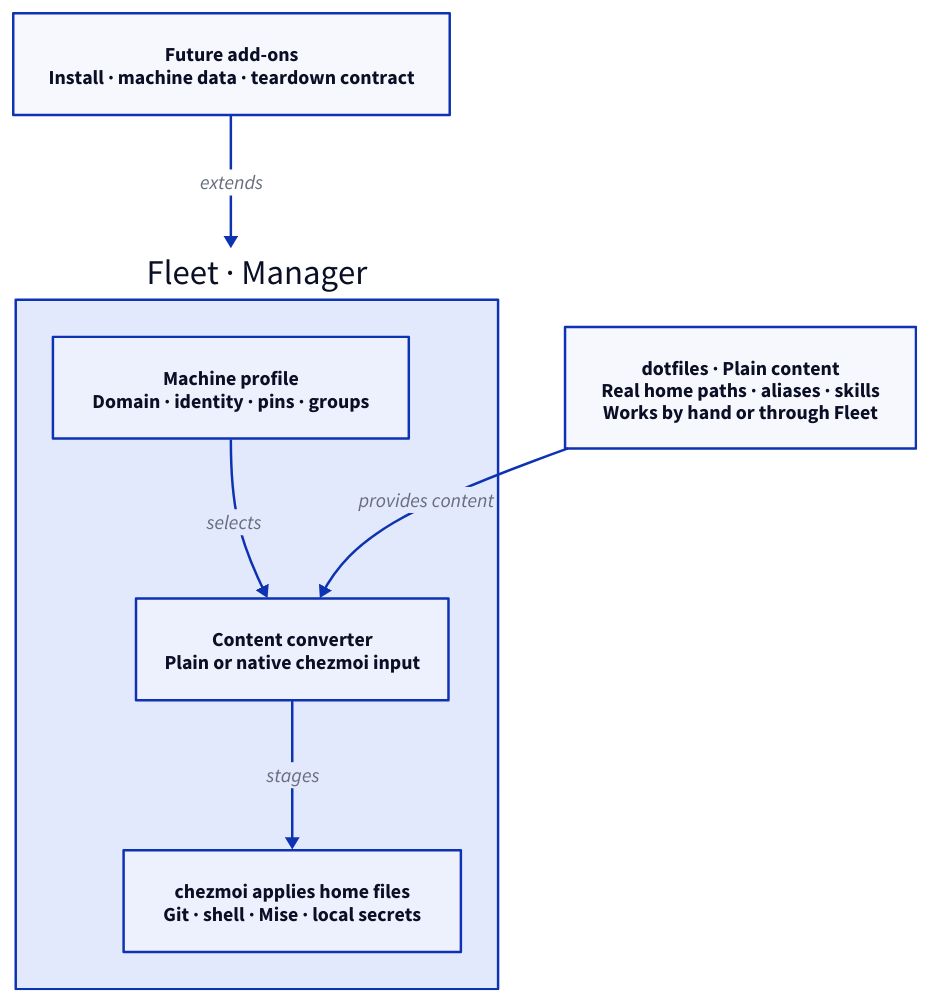
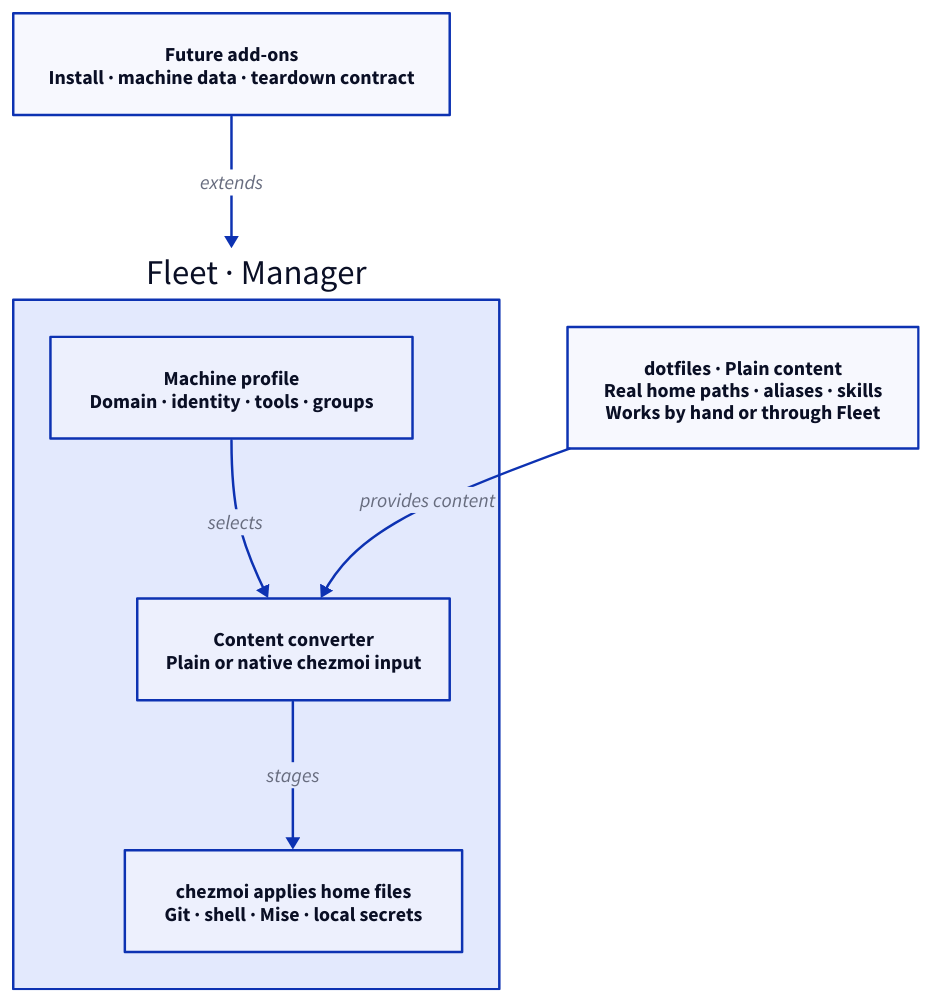
One commit to jeremyspofford/dotfiles changed the diagram in docs/diagrams/layers.d2. Above: the diagram before and after it, drawn with D2. The commit also changed 5 other files, not shown here.

```diff
--- a/docs/diagrams/layers.d2
+++ b/docs/diagrams/layers.d2
@@ -1,13 +1,13 @@
 direction: down
 dotfiles: "dotfiles · Plain content\nReal home paths · aliases · skills\nWorks by hand or through Fleet"
 dotfleet: {
   label: "Fleet · Manager"
-  profile: "Machine profile\nDomain · identity · pins · groups"
+  profile: "Machine profile\nDomain · identity · tools · groups"
   source: "Content converter\nPlain or native chezmoi input"
   home: "chezmoi applies home files\nGit · shell · Mise · local secrets"
   profile -> source: "selects"
   source -> home: "stages"
 }
 dotfiles -> dotfleet.source: "provides content"
 addons: "Future add-ons\nInstall · machine data · teardown contract"
 addons -> dotfleet: "extends"
```
